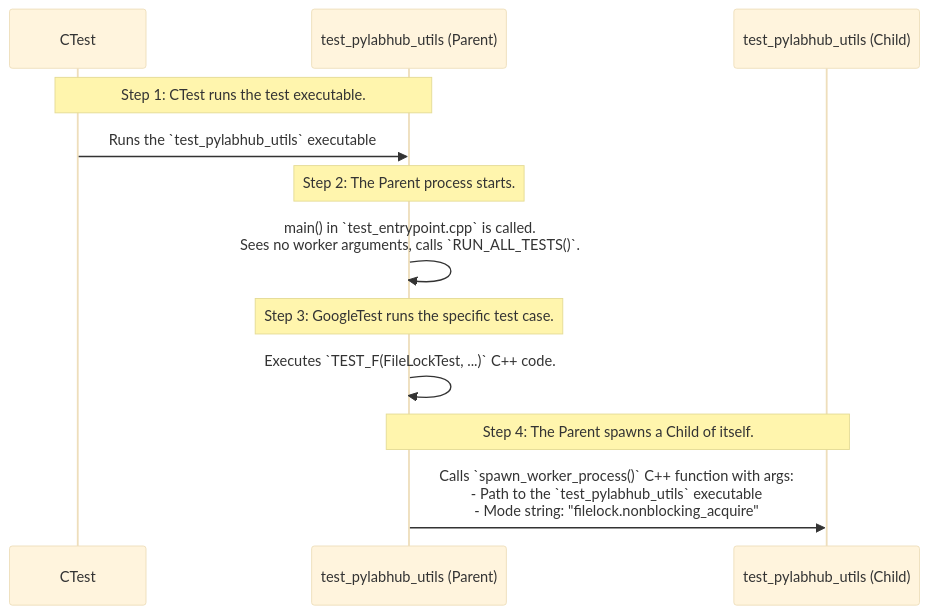
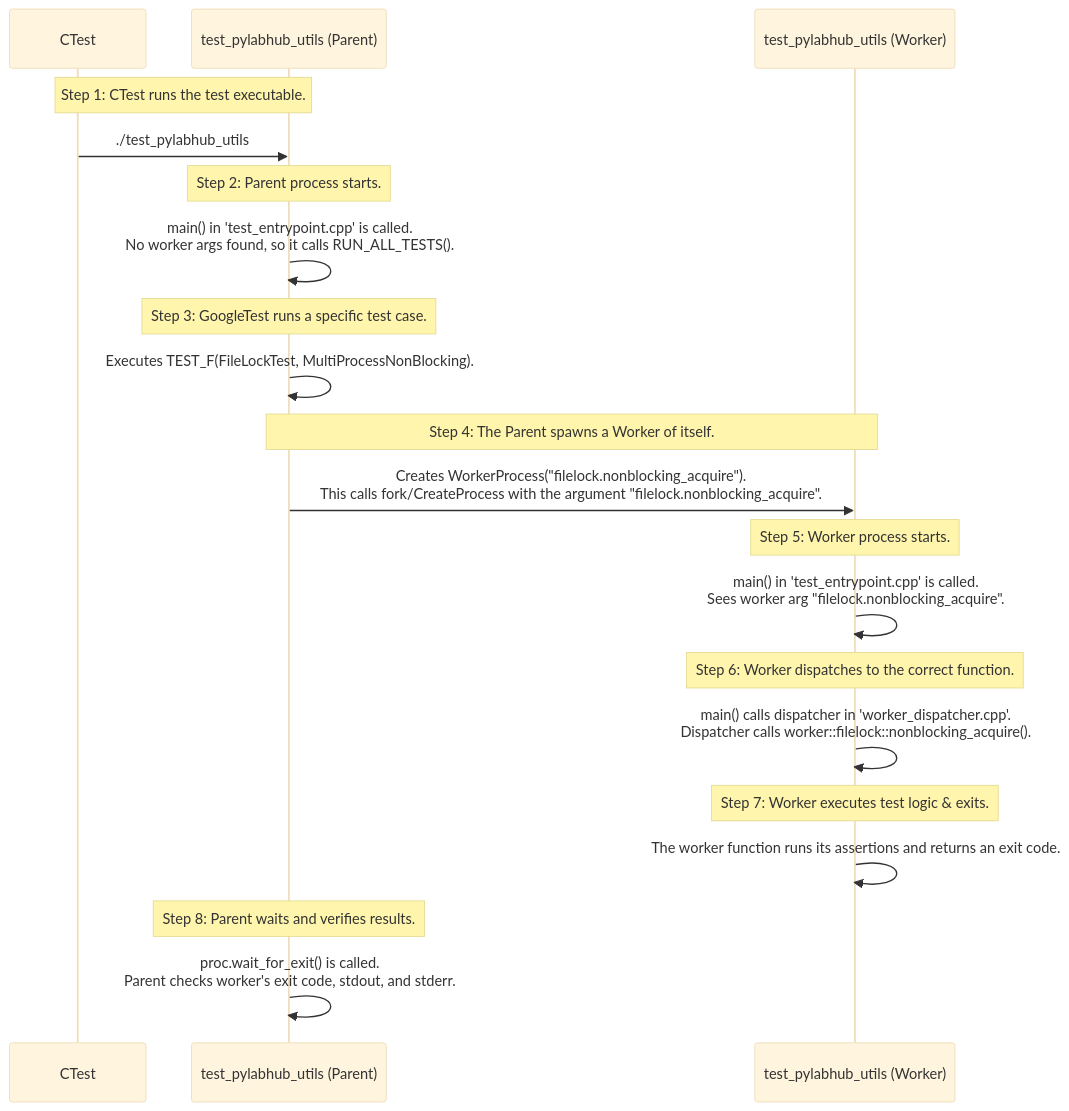
The diagram in cpp/docs/README_testing.md (Qing-LAB/pylabhub), drawn with Mermaid (base theme) before and after one commit. The commit also changed other lines of this file and 1 other file, not shown here.

Commit message:
Docs(Core): Update testing and utilities documentation
- Updates `README_testing.md` to include the `test_misc` target and clarify the multi-process testing architecture, including the roles of `WorkerProcess` and the worker dispatcher.
- Updates `README_utils.md` to enhance documentation for `Logger` and `FileLock`.
- Adds new sections to `README_utils.md` for the `SharedMemoryHub` and `PythonLoader` components, which were previously undocumented.

````diff
--- a/cpp/docs/README_testing.md
+++ b/cpp/docs/README_testing.md
@@ -33,18 +39,30 @@
 ```mermaid
 sequenceDiagram
     participant CTest
     participant Parent as test_pylabhub_utils (Parent)
-    participant Child as test_pylabhub_utils (Child)
+    participant Child as test_pylabhub_utils (Worker)
 
     Note over CTest, Parent: Step 1: CTest runs the test executable.
-    CTest->>Parent: Runs the `test_pylabhub_utils` executable
+    CTest->>Parent: ./test_pylabhub_utils
 
-    Note over Parent: Step 2: The Parent process starts.
-    Parent->>Parent: main() in `test_entrypoint.cpp` is called.<br/>Sees no worker arguments, calls `RUN_ALL_TESTS()`.
+    Note over Parent: Step 2: Parent process starts.
+    Parent->>Parent: main() in 'test_entrypoint.cpp' is called.<br/>No worker args found, so it calls RUN_ALL_TESTS().
 
-    Note over Parent: Step 3: GoogleTest runs the specific test case.
-    Parent->>Parent: Executes `TEST_F(FileLockTest, ...)` C++ code.
+    Note over Parent: Step 3: GoogleTest runs a specific test case.
+    Parent->>Parent: Executes TEST_F(FileLockTest, MultiProcessNonBlocking).
 
-    Note over Parent, Child: Step 4: The Parent spawns a Child of itself.
-    Parent->>Child: Calls `spawn_worker_process()` C++ function with args:<br/>- Path to the `test_pylabhub_utils` executable<br/>- Mode string: "filelock.nonblocking_acquire"
+    Note over Parent, Child: Step 4: The Parent spawns a Worker of itself.
+    Parent->>Child: Creates WorkerProcess("filelock.nonblocking_acquire").<br/>This calls fork/CreateProcess with the argument "filelock.nonblocking_acquire".
+
+    Note over Child: Step 5: Worker process starts.
+    Child->>Child: main() in 'test_entrypoint.cpp' is called.<br/>Sees worker arg "filelock.nonblocking_acquire".
+
+    Note over Child: Step 6: Worker dispatches to the correct function.
+    Child->>Child: main() calls dispatcher in 'worker_dispatcher.cpp'.<br/>Dispatcher calls worker::filelock::nonblocking_acquire().
+
+    Note over Child: Step 7: Worker executes test logic & exits.
+    Child->>Child: The worker function runs its assertions and returns an exit code.
+
+    Note over Parent: Step 8: Parent waits and verifies results.
+    Parent->>Parent: proc.wait_for_exit() is called.<br/>Parent checks worker's exit code, stdout, and stderr.
 ```
````
